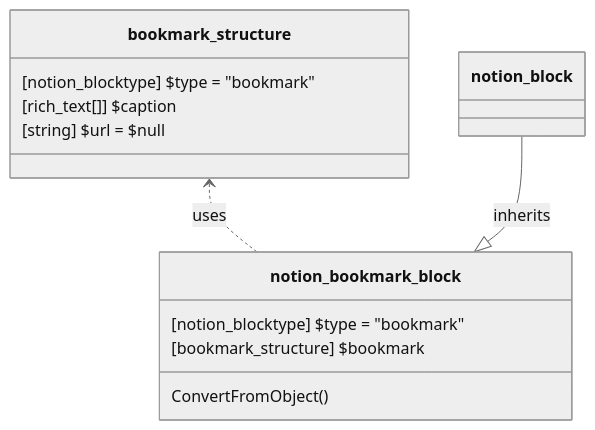
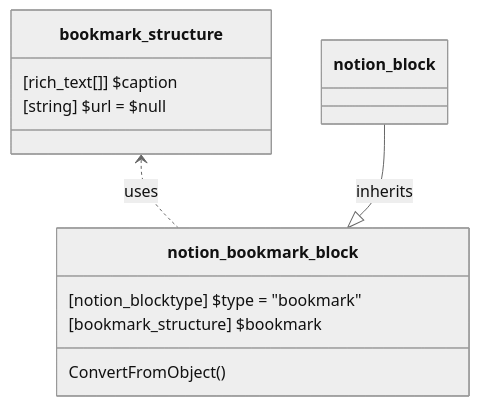
The diagram in docs/Classes/Block/05_Bookmark.md (fasteiner/Notion), drawn with Mermaid (neutral theme) before and after one commit. The commit also changed 46 other files, not shown here.

````diff
--- a/docs/Classes/Block/05_Bookmark.md
+++ b/docs/Classes/Block/05_Bookmark.md
@@ -5,15 +5,14 @@
 ```mermaid
 classDiagram
    class bookmark_structure{
-        [notion_blocktype] $type = "bookmark"
         [rich_text[]] $caption
         [string] $url = $null
    }
     class notion_bookmark_block {
         [notion_blocktype] $type = "bookmark"
         [bookmark_structure] $bookmark
         ConvertFromObject()
     }
     `bookmark_structure` <.. `notion_bookmark_block`:uses
     `notion_block` --|> `notion_bookmark_block`:inherits
 ```
````
